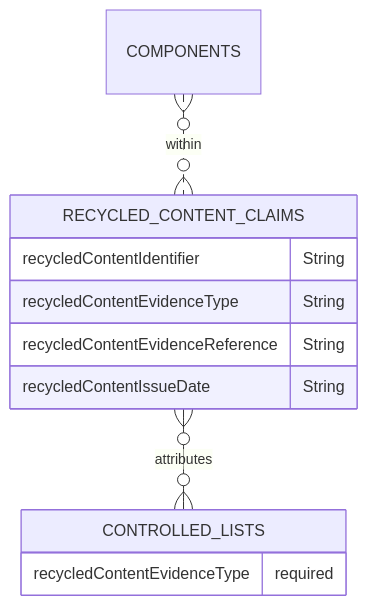
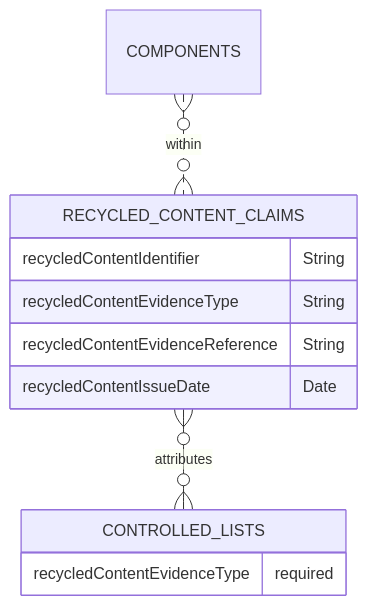
The diagram in docs/6_Relationship_Lists/6_009_Recycled_Content_Claims.md (OpenDataManchester/Open3P), drawn with Mermaid before and after one commit. The commit also changed other lines of this file, not shown here.

Commit message:
Update date to ISO 8601

````diff
--- a/docs/6_Relationship_Lists/6_009_Recycled_Content_Claims.md
+++ b/docs/6_Relationship_Lists/6_009_Recycled_Content_Claims.md
@@ -20,15 +20,15 @@
 ``` mermaid
 erDiagram
 
   COMPONENTS }o..o{ RECYCLED_CONTENT_CLAIMS : within
   RECYCLED_CONTENT_CLAIMS {
     recycledContentIdentifier String
     recycledContentEvidenceType String
     recycledContentEvidenceReference String
-    recycledContentIssueDate String
+    recycledContentIssueDate Date
   }
   RECYCLED_CONTENT_CLAIMS }o--o{ CONTROLLED_LISTS : attributes
   CONTROLLED_LISTS {
     recycledContentEvidenceType required
   }
 ```
````
